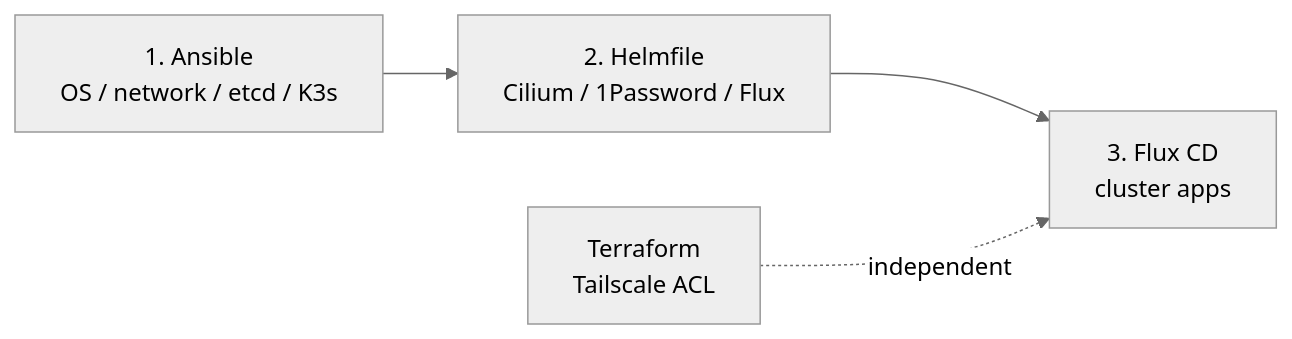
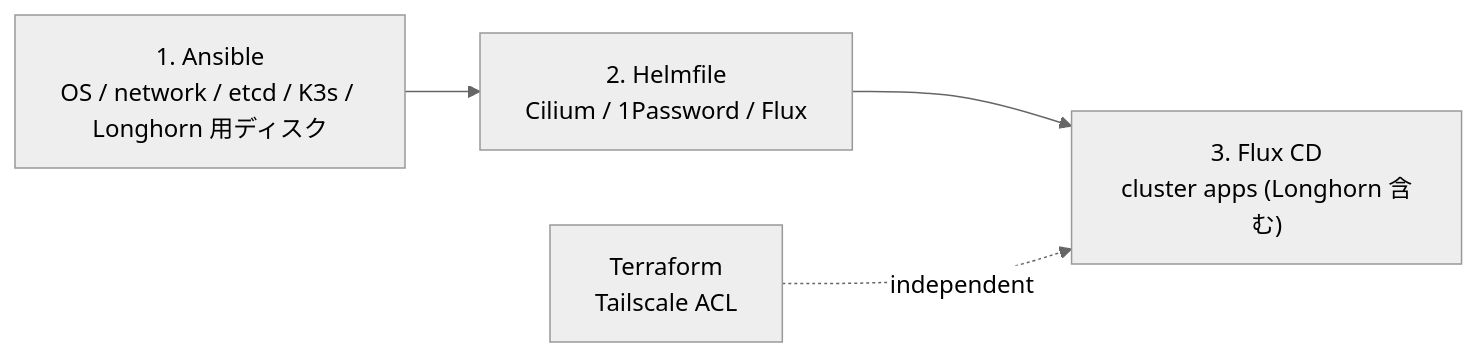
One commit to Soli0222/pke changed the second of 2 diagrams in README.md. Above: the diagram before and after it, drawn with Mermaid (neutral theme). The commit also changed other lines of this file and 31 other files, not shown here.

````diff
--- a/README.md
+++ b/README.md
@@ -45,6 +47,6 @@
 ```mermaid
 flowchart LR
-    A["1. Ansible<br/>OS / network / etcd / K3s"] --> B["2. Helmfile<br/>Cilium / 1Password / Flux"]
-    B --> C["3. Flux CD<br/>cluster apps"]
+    A["1. Ansible<br/>OS / network / etcd / K3s / Longhorn 用ディスク"] --> B["2. Helmfile<br/>Cilium / 1Password / Flux"]
+    B --> C["3. Flux CD<br/>cluster apps (Longhorn 含む)"]
     D["Terraform<br/>Tailscale ACL"] -. independent .-> C
 ```
````
